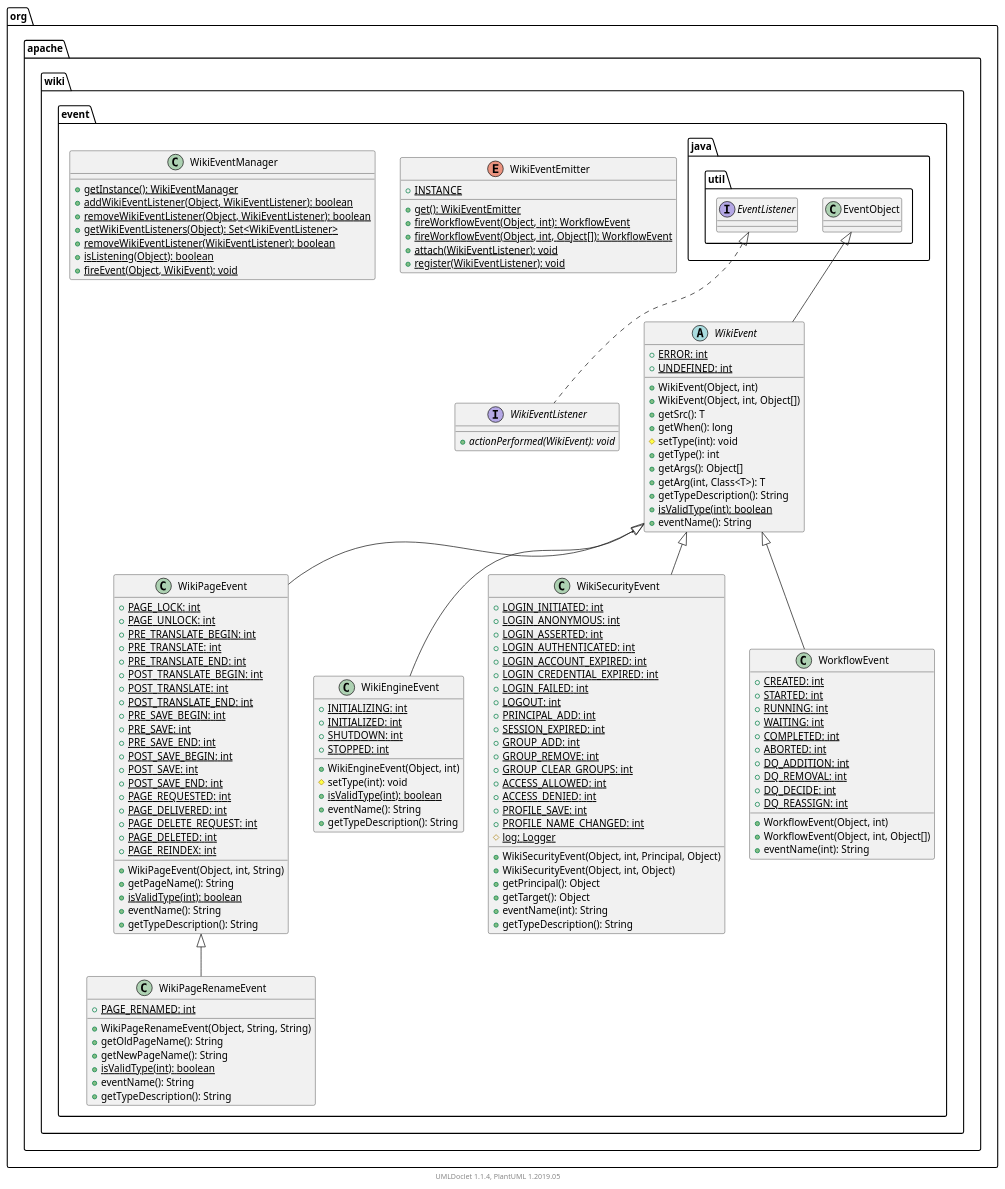
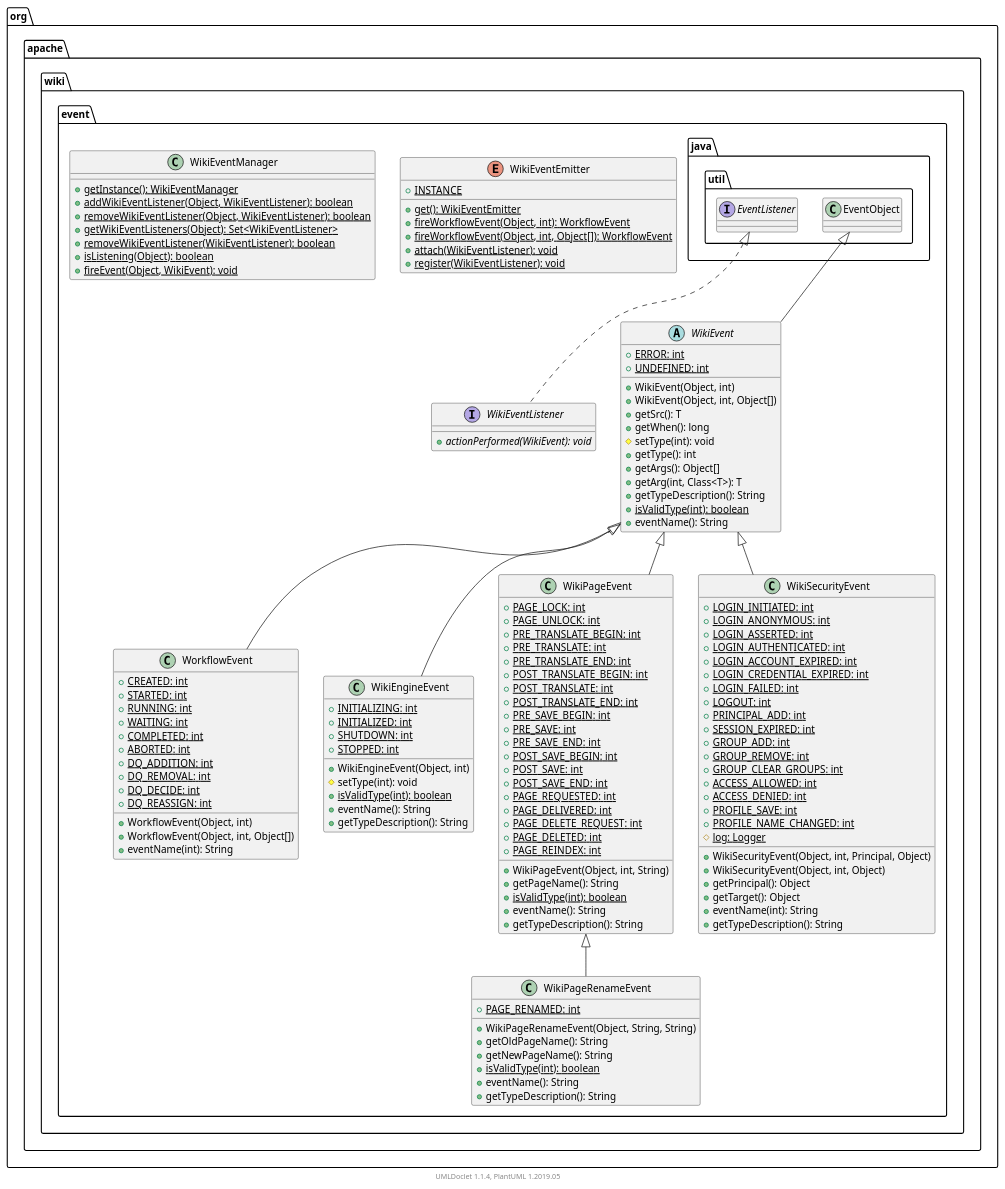
The diagram in apidocs/2.11.0.M8-SNAPSHOT/org/apache/wiki/event/package.puml (apache/jspwiki-site), drawn with PlantUML before and after one commit. The commit also changed other lines of this file and 1807 other files, not shown here.

```diff
--- a/apidocs/2.11.0.M8-SNAPSHOT/org/apache/wiki/event/package.puml
+++ b/apidocs/2.11.0.M8-SNAPSHOT/org/apache/wiki/event/package.puml
@@ -1,156 +1,156 @@
 @startuml
 
     namespace org.apache.wiki.event {
 
         enum WikiEventEmitter [[WikiEventEmitter.html]] {
             {static} +INSTANCE
             {static} +get(): WikiEventEmitter
             {static} +fireWorkflowEvent(Object, int): WorkflowEvent
             {static} +fireWorkflowEvent(Object, int, Object[]): WorkflowEvent
             {static} +attach(WikiEventListener): void
             {static} +register(WikiEventListener): void
+        }
+
+        class WikiPageRenameEvent [[WikiPageRenameEvent.html]] {
+            {static} +PAGE_RENAMED: int
+            +WikiPageRenameEvent(Object, String, String)
+            +getOldPageName(): String
+            +getNewPageName(): String
+            {static} +isValidType(int): boolean
+            +eventName(): String
+            +getTypeDescription(): String
+        }
+
+        interface WikiEventListener [[WikiEventListener.html]] {
+            {abstract} +actionPerformed(WikiEvent): void
+        }
+
+        class WorkflowEvent [[WorkflowEvent.html]] {
+            {static} +CREATED: int
+            {static} +STARTED: int
+            {static} +RUNNING: int
+            {static} +WAITING: int
+            {static} +COMPLETED: int
+            {static} +ABORTED: int
+            {static} +DQ_ADDITION: int
+            {static} +DQ_REMOVAL: int
+            {static} +DQ_DECIDE: int
+            {static} +DQ_REASSIGN: int
+            +WorkflowEvent(Object, int)
+            +WorkflowEvent(Object, int, Object[])
+            +eventName(int): String
+        }
+
+        class WikiEngineEvent [[WikiEngineEvent.html]] {
+            {static} +INITIALIZING: int
+            {static} +INITIALIZED: int
+            {static} +SHUTDOWN: int
+            {static} +STOPPED: int
+            +WikiEngineEvent(Object, int)
+            #setType(int): void
+            {static} +isValidType(int): boolean
+            +eventName(): String
+            +getTypeDescription(): String
         }
 
         class WikiPageEvent [[WikiPageEvent.html]] {
             {static} +PAGE_LOCK: int
             {static} +PAGE_UNLOCK: int
             {static} +PRE_TRANSLATE_BEGIN: int
             {static} +PRE_TRANSLATE: int
             {static} +PRE_TRANSLATE_END: int
             {static} +POST_TRANSLATE_BEGIN: int
             {static} +POST_TRANSLATE: int
             {static} +POST_TRANSLATE_END: int
             {static} +PRE_SAVE_BEGIN: int
             {static} +PRE_SAVE: int
             {static} +PRE_SAVE_END: int
             {static} +POST_SAVE_BEGIN: int
             {static} +POST_SAVE: int
             {static} +POST_SAVE_END: int
             {static} +PAGE_REQUESTED: int
             {static} +PAGE_DELIVERED: int
             {static} +PAGE_DELETE_REQUEST: int
             {static} +PAGE_DELETED: int
             {static} +PAGE_REINDEX: int
             +WikiPageEvent(Object, int, String)
             +getPageName(): String
             {static} +isValidType(int): boolean
             +eventName(): String
             +getTypeDescription(): String
         }
 
-        interface WikiEventListener [[WikiEventListener.html]] {
-            {abstract} +actionPerformed(WikiEvent): void
-        }
-
         abstract class WikiEvent [[WikiEvent.html]] {
             {static} +ERROR: int
             {static} +UNDEFINED: int
             +WikiEvent(Object, int)
             +WikiEvent(Object, int, Object[])
             +getSrc(): T
             +getWhen(): long
             #setType(int): void
             +getType(): int
             +getArgs(): Object[]
             +getArg(int, Class<T>): T
             +getTypeDescription(): String
             {static} +isValidType(int): boolean
             +eventName(): String
         }
 
-        class WikiEngineEvent [[WikiEngineEvent.html]] {
-            {static} +INITIALIZING: int
-            {static} +INITIALIZED: int
-            {static} +SHUTDOWN: int
-            {static} +STOPPED: int
-            +WikiEngineEvent(Object, int)
-            #setType(int): void
-            {static} +isValidType(int): boolean
-            +eventName(): String
-            +getTypeDescription(): String
+        class WikiEventManager [[WikiEventManager.html]] {
+            {static} +getInstance(): WikiEventManager
+            {static} +addWikiEventListener(Object, WikiEventListener): boolean
+            {static} +removeWikiEventListener(Object, WikiEventListener): boolean
+            {static} +getWikiEventListeners(Object): Set<WikiEventListener>
+            {static} +removeWikiEventListener(WikiEventListener): boolean
+            {static} +isListening(Object): boolean
+            {static} +fireEvent(Object, WikiEvent): void
         }
 
         class WikiSecurityEvent [[WikiSecurityEvent.html]] {
             {static} +LOGIN_INITIATED: int
             {static} +LOGIN_ANONYMOUS: int
             {static} +LOGIN_ASSERTED: int
             {static} +LOGIN_AUTHENTICATED: int
             {static} +LOGIN_ACCOUNT_EXPIRED: int
             {static} +LOGIN_CREDENTIAL_EXPIRED: int
             {static} +LOGIN_FAILED: int
             {static} +LOGOUT: int
             {static} +PRINCIPAL_ADD: int
             {static} +SESSION_EXPIRED: int
             {static} +GROUP_ADD: int
             {static} +GROUP_REMOVE: int
             {static} +GROUP_CLEAR_GROUPS: int
             {static} +ACCESS_ALLOWED: int
             {static} +ACCESS_DENIED: int
             {static} +PROFILE_SAVE: int
             {static} +PROFILE_NAME_CHANGED: int
             {static} #log: Logger
             +WikiSecurityEvent(Object, int, Principal, Object)
             +WikiSecurityEvent(Object, int, Object)
             +getPrincipal(): Object
             +getTarget(): Object
             +eventName(int): String
             +getTypeDescription(): String
         }
 
-        class WorkflowEvent [[WorkflowEvent.html]] {
-            {static} +CREATED: int
-            {static} +STARTED: int
-            {static} +RUNNING: int
-            {static} +WAITING: int
-            {static} +COMPLETED: int
-            {static} +ABORTED: int
-            {static} +DQ_ADDITION: int
-            {static} +DQ_REMOVAL: int
-            {static} +DQ_DECIDE: int
-            {static} +DQ_REASSIGN: int
-            +WorkflowEvent(Object, int)
-            +WorkflowEvent(Object, int, Object[])
-            +eventName(int): String
-        }
-
-        class WikiEventManager [[WikiEventManager.html]] {
-            {static} +getInstance(): WikiEventManager
-            {static} +addWikiEventListener(Object, WikiEventListener): boolean
-            {static} +removeWikiEventListener(Object, WikiEventListener): boolean
-            {static} +getWikiEventListeners(Object): Set<WikiEventListener>
-            {static} +removeWikiEventListener(WikiEventListener): boolean
-            {static} +isListening(Object): boolean
-            {static} +fireEvent(Object, WikiEvent): void
-        }
-
-        class WikiPageRenameEvent [[WikiPageRenameEvent.html]] {
-            {static} +PAGE_RENAMED: int
-            +WikiPageRenameEvent(Object, String, String)
-            +getOldPageName(): String
-            +getNewPageName(): String
-            {static} +isValidType(int): boolean
-            +eventName(): String
-            +getTypeDescription(): String
-        }
-
-        WikiEvent <|-- WikiPageEvent
+        WikiPageEvent <|-- WikiPageRenameEvent
 
         interface java.util.EventListener
         java.util.EventListener <|.. WikiEventListener
 
+        WikiEvent <|-- WorkflowEvent
+
+        WikiEvent <|-- WikiEngineEvent
+
+        WikiEvent <|-- WikiPageEvent
+
         class java.util.EventObject
         java.util.EventObject <|-- WikiEvent
 
-        WikiEvent <|-- WikiEngineEvent
-
         WikiEvent <|-- WikiSecurityEvent
-
-        WikiEvent <|-- WorkflowEvent
-
-        WikiPageEvent <|-- WikiPageRenameEvent
 
     }
 
 
     center footer UMLDoclet 1.1.4, PlantUML 1.2019.05
 @enduml
```
